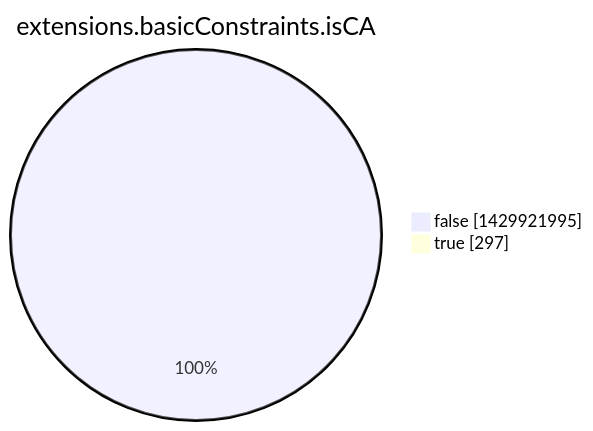
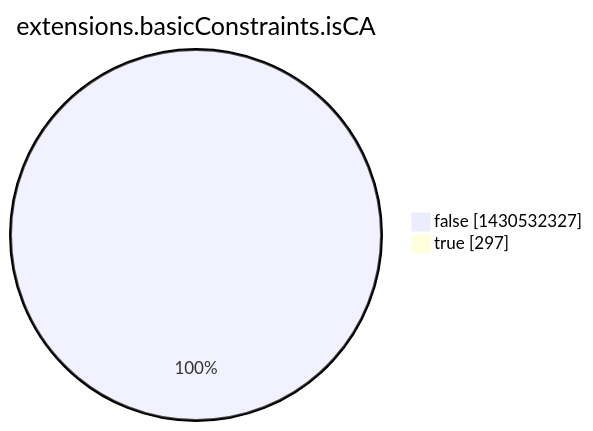
One commit to christiankrug/ctmonitor_visualization changed the eighth of 15 diagrams in argon2022/README.md. Above: the diagram before and after it, drawn with Mermaid. The commit also changed other lines of this file, not shown here.

````diff
--- a/argon2022/README.md
+++ b/argon2022/README.md
@@ -2760,6 +2760,6 @@
 ```mermaid
 pie showData
 title extensions.basicConstraints.isCA
-"false" :1429921995
+"false" :1430532327
 "true" :297
 ```
````
